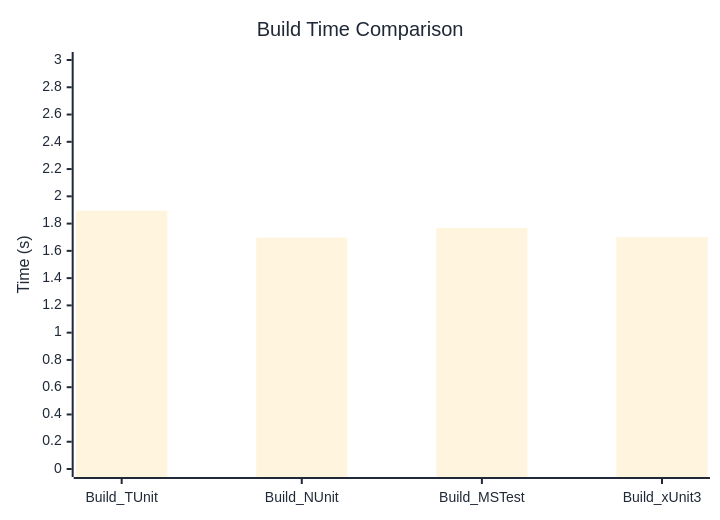
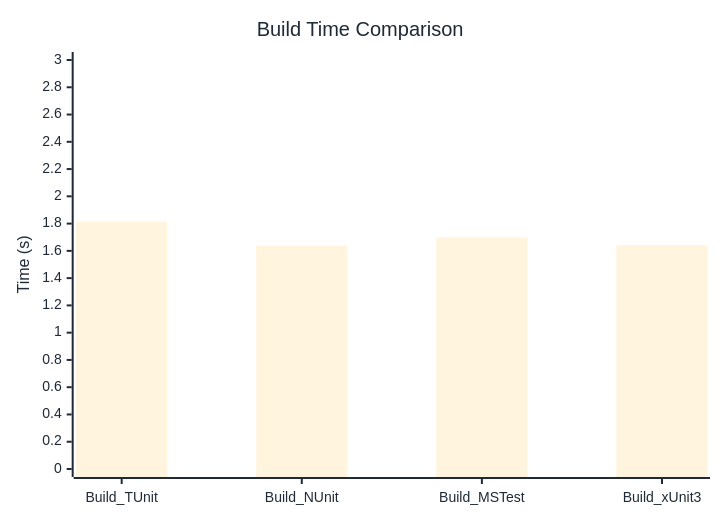
The diagram in docs/docs/benchmarks/BuildTime.md (thomhurst/TUnit), drawn with Mermaid before and after one commit. The commit also changed other lines of this file and 16 other files, not shown here.

````diff
--- a/docs/docs/benchmarks/BuildTime.md
+++ b/docs/docs/benchmarks/BuildTime.md
@@ -28,37 +28,37 @@
 ```mermaid
 %%{init: {
   'theme':'base',
   'themeVariables': {
     'primaryColor': '#2563eb',
     'primaryTextColor': '#1f2937',
     'primaryBorderColor': '#1e40af',
     'lineColor': '#6b7280',
     'secondaryColor': '#7c3aed',
     'tertiaryColor': '#dc2626',
     'background': '#ffffff',
     'mainBkg': '#2563eb',
     'secondBkg': '#7c3aed',
     'tertiaryBkg': '#dc2626',
     'clusterBkg': '#f3f4f6',
     'edgeLabelBackground': '#ffffff',
     'tertiaryTextColor': '#1f2937',
     'pie1': '#2563eb',
     'pie2': '#7c3aed',
     'pie3': '#dc2626',
     'pie4': '#f59e0b',
     'pie5': '#10b981',
     'pie6': '#06b6d4',
     'pie7': '#ec4899',
     'pie8': '#6366f1',
     'pie9': '#84cc16',
     'pie10': '#f97316',
     'pie11': '#14b8a6',
     'pie12': '#a855f7'
   }
 }}%%
 xychart-beta
   title "Build Time Comparison"
   x-axis ["Build_TUnit", "Build_NUnit", "Build_MSTest", "Build_xUnit3"]
   y-axis "Time (s)" 0 --> 3
-  bar [1.895, 1.697, 1.768, 1.701]
+  bar [1.813, 1.636, 1.697, 1.642]
 ```
````
